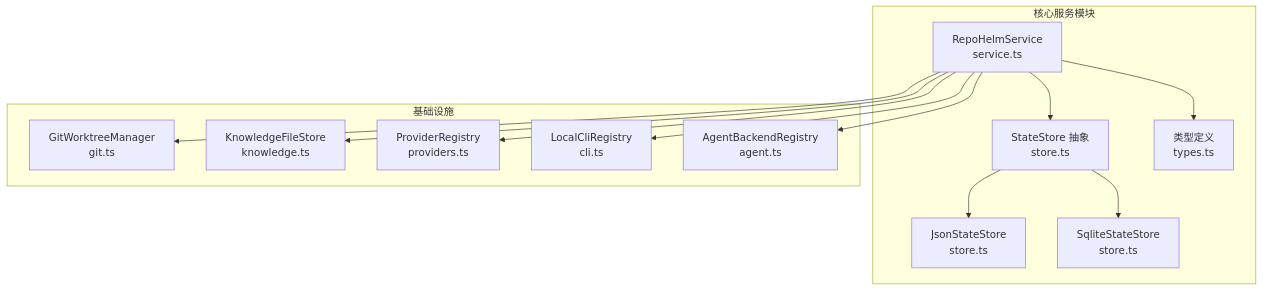
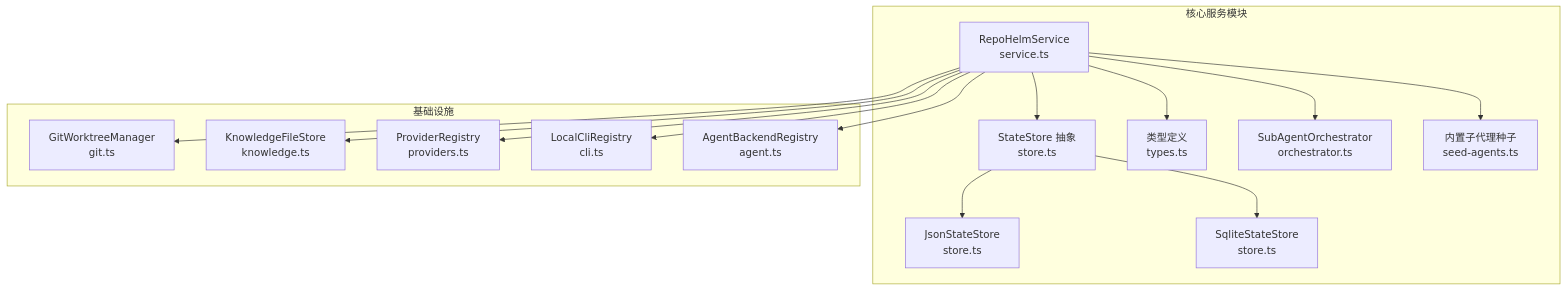
One commit to coconilu/RepoHelm changed the first of 7 diagrams in .qoder/repowiki/zh/content/核心服务模块/核心服务模块.md. Above: the diagram before and after it, drawn with Mermaid. The commit also changed other lines of this file and 15 other files, not shown here.

````diff
--- a/.qoder/repowiki/zh/content/核心服务模块/核心服务模块.md
+++ b/.qoder/repowiki/zh/content/核心服务模块/核心服务模块.md
@@ -54,26 +66,30 @@
 ```mermaid
 graph TB
 subgraph "核心服务模块"
 S["RepoHelmService<br/>service.ts"]
 ST["StateStore 抽象<br/>store.ts"]
 JS["JsonStateStore<br/>store.ts"]
 SQ["SqliteStateStore<br/>store.ts"]
 T["类型定义<br/>types.ts"]
+O["SubAgentOrchestrator<br/>orchestrator.ts"]
+SA["内置子代理种子<br/>seed-agents.ts"]
 end
 subgraph "基础设施"
 G["GitWorktreeManager<br/>git.ts"]
 KF["KnowledgeFileStore<br/>knowledge.ts"]
 PR["ProviderRegistry<br/>providers.ts"]
 LR["LocalCliRegistry<br/>cli.ts"]
 AR["AgentBackendRegistry<br/>agent.ts"]
 end
 S --> ST
 ST --> JS
 ST --> SQ
+S --> O
+S --> SA
 S --> G
 S --> KF
 S --> PR
 S --> LR
 S --> AR
 S --> T
 ```
````
